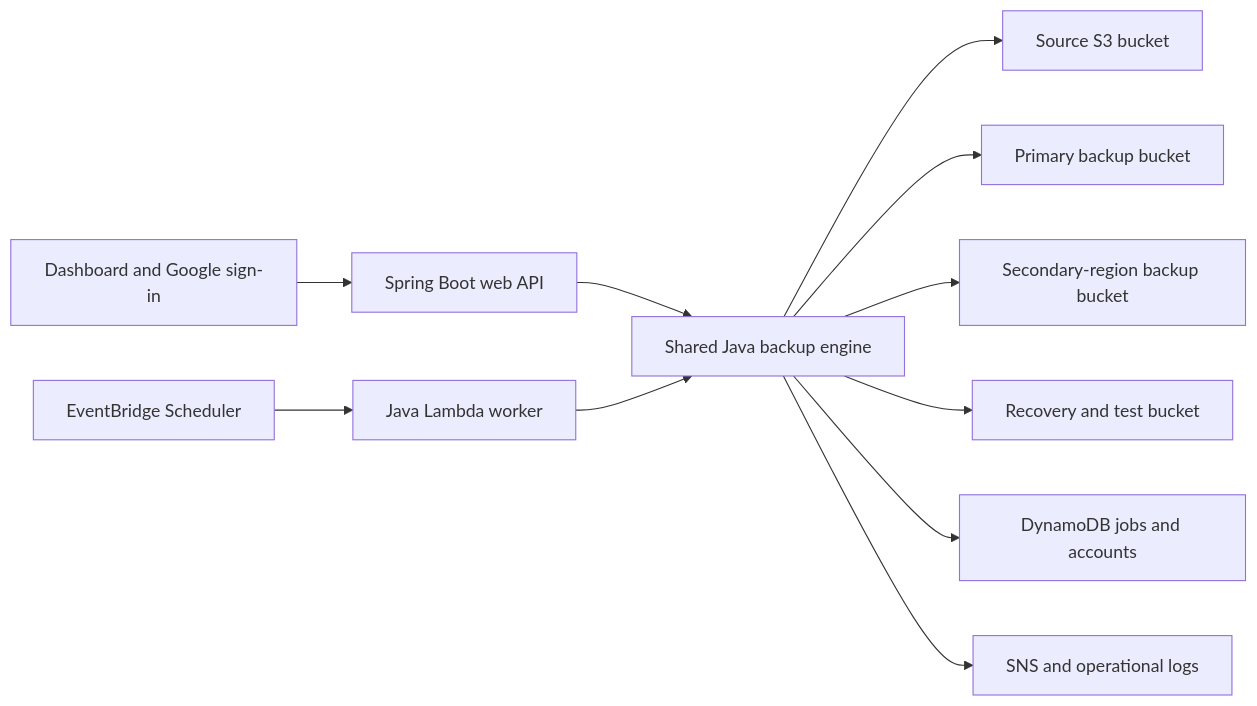
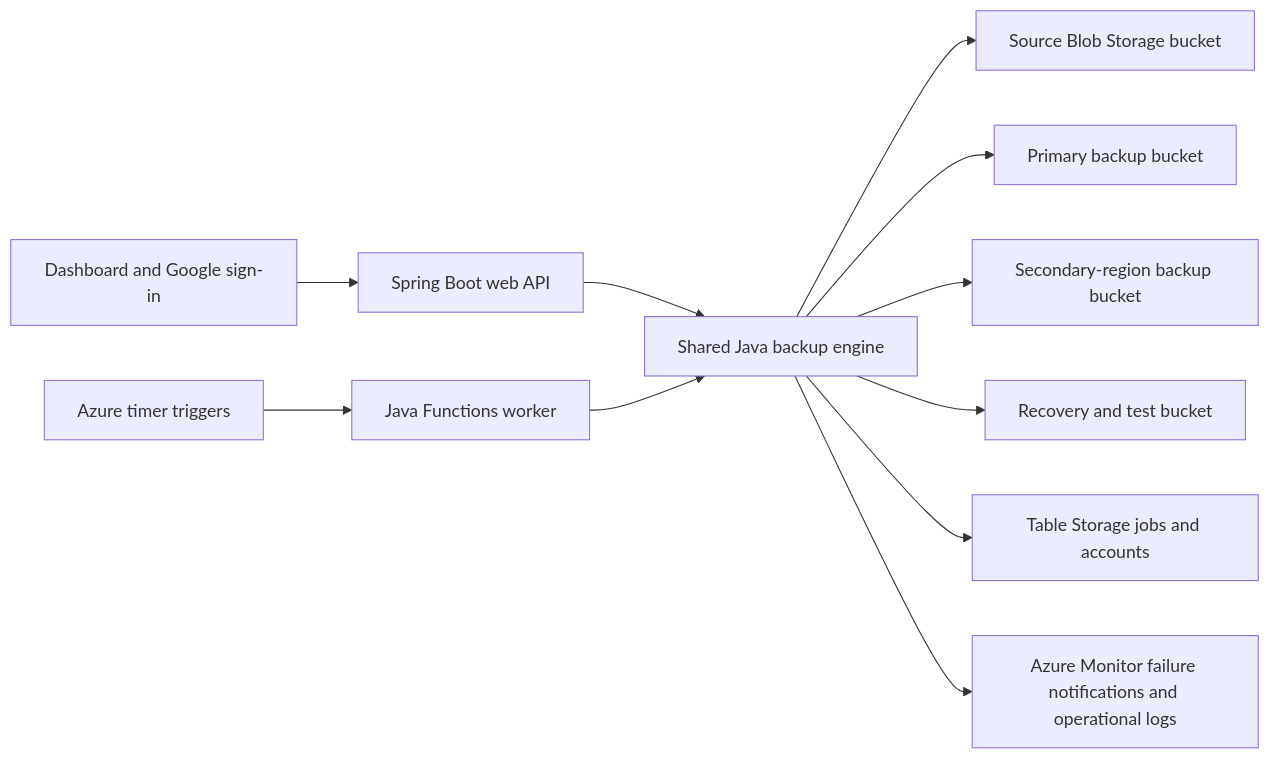
The diagram in docs/PROJECT_REPORT.md (bh4askar/cloudshield), drawn with Mermaid before and after one commit. The commit also changed other lines of this file and 58 other files, not shown here.

````diff
--- a/docs/PROJECT_REPORT.md
+++ b/docs/PROJECT_REPORT.md
@@ -54,13 +54,13 @@
 ```mermaid
 flowchart LR
   Browser[Dashboard and Google sign-in] --> Web[Spring Boot web API]
   Web --> Engine[Shared Java backup engine]
-  Schedule[EventBridge Scheduler] --> Worker[Java Lambda worker]
+  Schedule[Azure timer triggers] --> Worker[Java Functions worker]
   Worker --> Engine
-  Engine --> Source[Source S3 bucket]
+  Engine --> Source[Source Blob Storage bucket]
   Engine --> Primary[Primary backup bucket]
   Engine --> Secondary[Secondary-region backup bucket]
   Engine --> Recovery[Recovery and test bucket]
-  Engine --> Metadata[DynamoDB jobs and accounts]
-  Engine --> Alerts[SNS and operational logs]
+  Engine --> Metadata[Table Storage jobs and accounts]
+  Engine --> Alerts[Azure Monitor failure notifications and operational logs]
 ```
````
